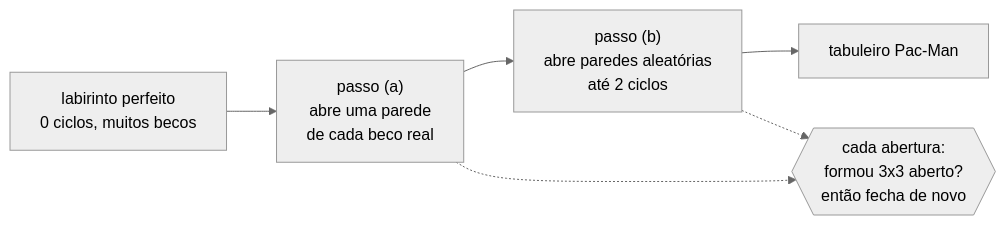
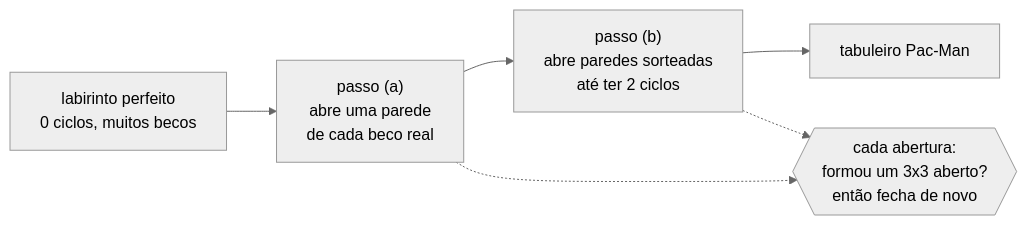
One commit to navegar-sistemas/dojo changed the diagram in python/a-maze-ing/tutorial/docs/08-braider/01-becos-sem-saida.md. Above: the diagram before and after it, drawn with Mermaid (neutral theme). The commit also changed other lines of this file and 205 other files, not shown here.

````diff
--- a/python/a-maze-ing/tutorial/docs/08-braider/01-becos-sem-saida.md
+++ b/python/a-maze-ing/tutorial/docs/08-braider/01-becos-sem-saida.md
@@ -67,12 +101,12 @@
 ```mermaid
 flowchart LR
     perfect["labirinto perfeito<br/>0 ciclos, muitos becos"]
     a["passo (a)<br/>abre uma parede<br/>de cada beco real"]
-    b["passo (b)<br/>abre paredes aleatórias<br/>até 2 ciclos"]
+    b["passo (b)<br/>abre paredes sorteadas<br/>até ter 2 ciclos"]
     board["tabuleiro Pac-Man"]
-    rule{{"cada abertura:<br/>formou 3x3 aberto?<br/>então fecha de novo"}}
+    rule{{"cada abertura:<br/>formou um 3x3 aberto?<br/>então fecha de novo"}}
 
     perfect --> a --> b --> board
     a -.-> rule
     b -.-> rule
 ```
````
